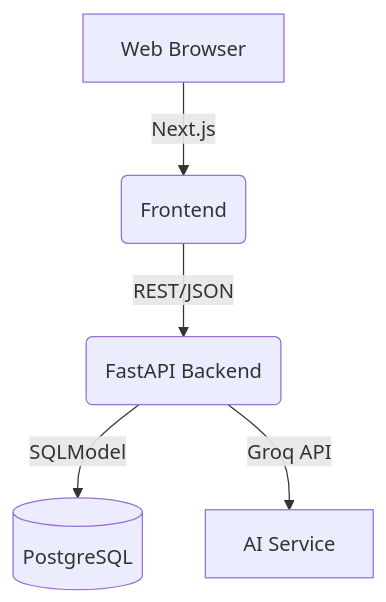
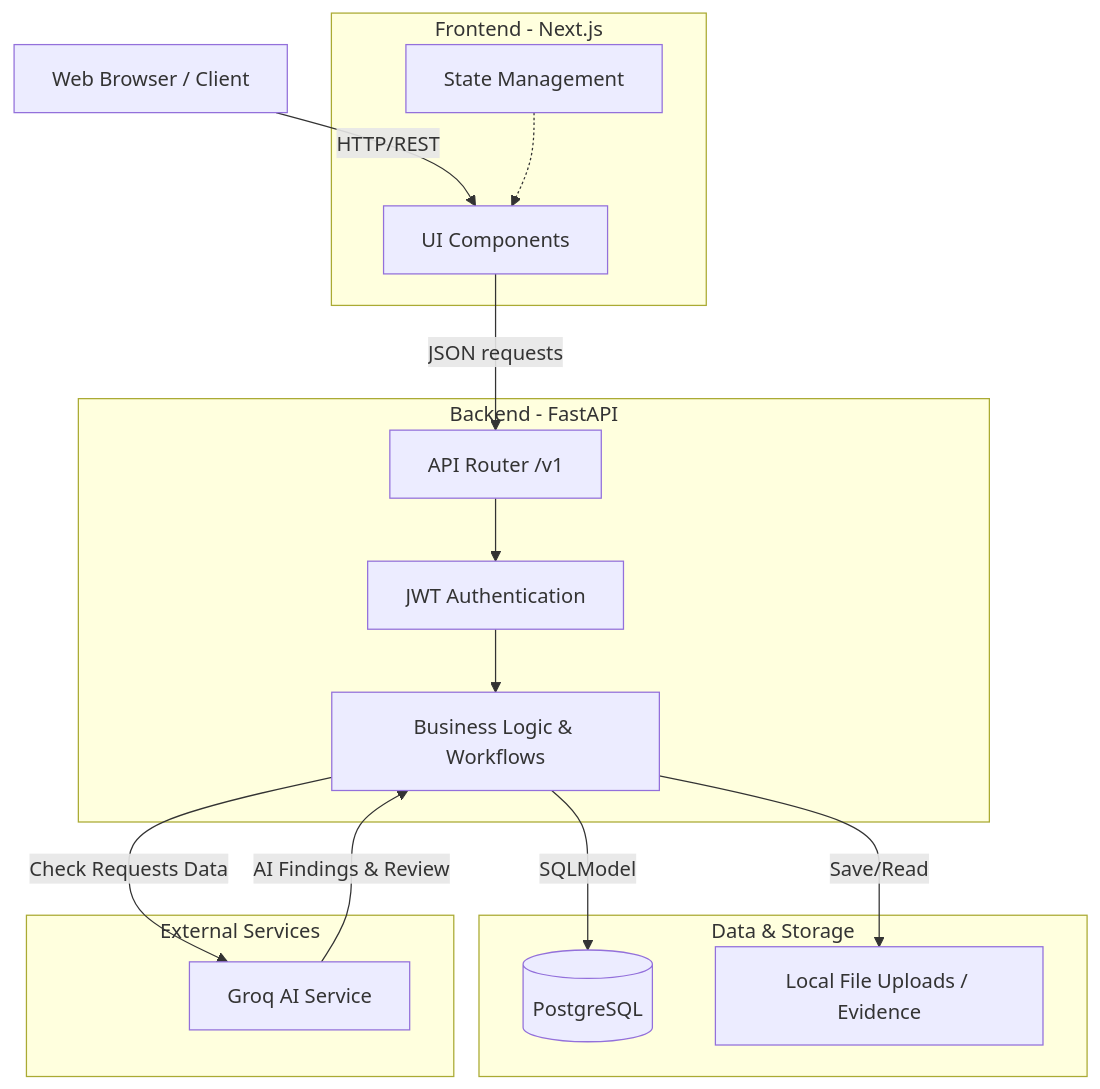
One commit to Mzaq1559/BuildPay-AI changed the diagram in README.md. Above: the diagram before and after it, drawn with Mermaid.

Commit message:
docs: update architecture diagram on homepage

````diff
--- a/README.md
+++ b/README.md
@@ -33,7 +33,40 @@
 ```mermaid
 graph TD
-    Browser[Web Browser] -->|Next.js| UI(Frontend)
-    UI -->|REST/JSON| API(FastAPI Backend)
-    API -->|SQLModel| DB[(PostgreSQL)]
-    API -->|Groq API| AI[AI Service]
+    %% Client Layer
+    Browser[Web Browser / Client]
+
+    %% Frontend Layer (Next.js)
+    subgraph Frontend [Frontend - Next.js]
+        UI[UI Components]
+        State[State Management]
+    end
+
+    %% Backend Layer (FastAPI)
+    subgraph Backend [Backend - FastAPI]
+        API[API Router /v1]
+        Auth[JWT Authentication]
+        Business[Business Logic & Workflows]
+    end
+
+    %% Data & Storage Layer
+    subgraph Data [Data & Storage]
+        DB[(PostgreSQL)]
+        Uploads[Local File Uploads / Evidence]
+    end
+
+    %% External Services Layer
+    subgraph External [External Services]
+        AI[Groq AI Service]
+    end
+
+    %% Connections
+    Browser -->|HTTP/REST| UI
+    UI -->|JSON requests| API
+    State -.-> UI
+    API --> Auth
+    Auth --> Business
+    Business -->|SQLModel| DB
+    Business -->|Save/Read| Uploads
+    Business -->|Check Requests Data| AI
+    AI -->|AI Findings & Review| Business
 ```
````
